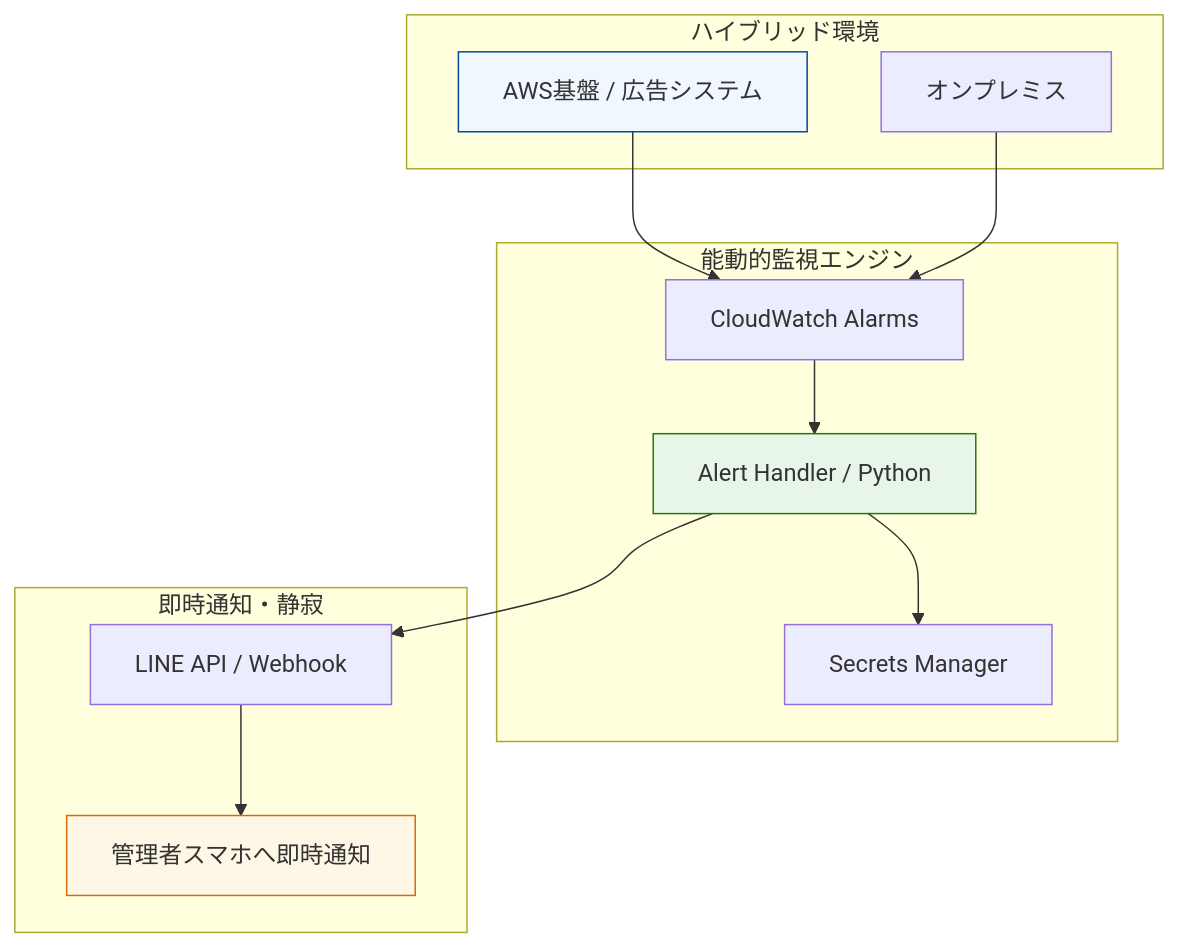
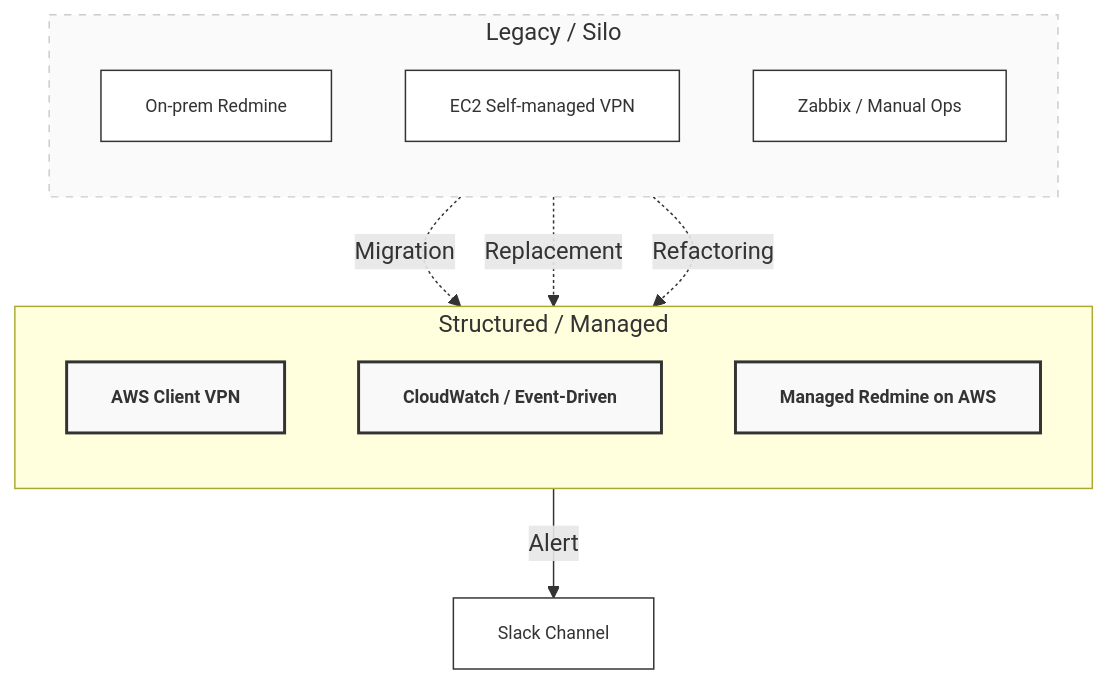
The diagram in projects/04_hybrid_cloud_sre/README.md (conti0513/development_public), drawn with Mermaid before and after one commit. The commit also changed other lines of this file, not shown here.

````diff
--- a/projects/04_hybrid_cloud_sre/README.md
+++ b/projects/04_hybrid_cloud_sre/README.md
@@ -13,24 +29,33 @@
 ```mermaid
 graph TD
-    subgraph Environment [ハイブリッド環境]
-        OnPrem[オンプレミス]
-        AWS[AWS基盤 / 広告システム]
+    %% スタイル定義
+    classDef default fill:#ffffff,stroke:#333,stroke-width:1px,color:#333,font-size:12px;
+    classDef highlight fill:#f9f9f9,stroke:#333,stroke-width:2px,font-weight:bold;
+    classDef cloud fill:#fafafa,stroke:#ccc,stroke-dasharray: 5 5;
+
+    subgraph Before [Legacy / Silo]
+        direction TB
+        L1[On-prem Redmine]
+        L2[EC2 Self-managed VPN]
+        L3[Zabbix / Manual Ops]
     end
 
-    subgraph Logic [能動的監視エンジン]
-        AWS --> CW[CloudWatch Alarms]
-        OnPrem --> CW
-        CW --> Lambda[Alert Handler / Python]
-        Lambda --> Secrets[Secrets Manager]
+    subgraph After [Structured / Managed]
+        direction TB
+        A1[AWS Client VPN]
+        A2[CloudWatch / Event-Driven]
+        A3[Managed Redmine on AWS]
     end
 
-    subgraph Notification [即時通知・静寂]
-        Lambda --> Line[LINE API / Webhook]
-        Line --> Admin[管理者スマホへ即時通知]
-    end
+    %% 変化のプロセス
+    L1 -.->|Migration| A3
+    L2 -.->|Replacement| A1
+    L3 -.->|Refactoring| A2
 
-    style Lambda fill:#e8f5e9,stroke:#237804,stroke-width:1px
-    style Admin fill:#fff7e6,stroke:#d46b08,stroke-width:1px
-    style AWS fill:#f0f7ff,stroke:#004a99,stroke-width:1px
+    %% 監視・通知のフロー
+    A2 -->|Alert| SL[Slack Channel]
+    
+    class A1,A2,A3 highlight
+    class Before cloud
 
 ```
````
